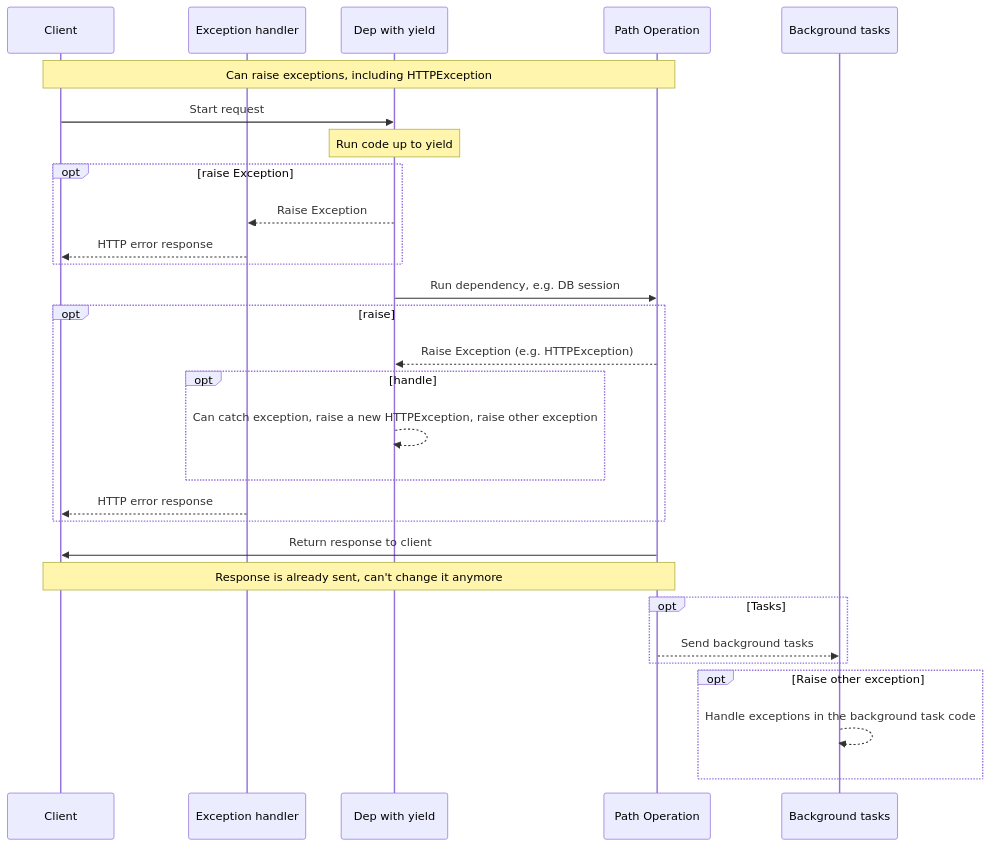
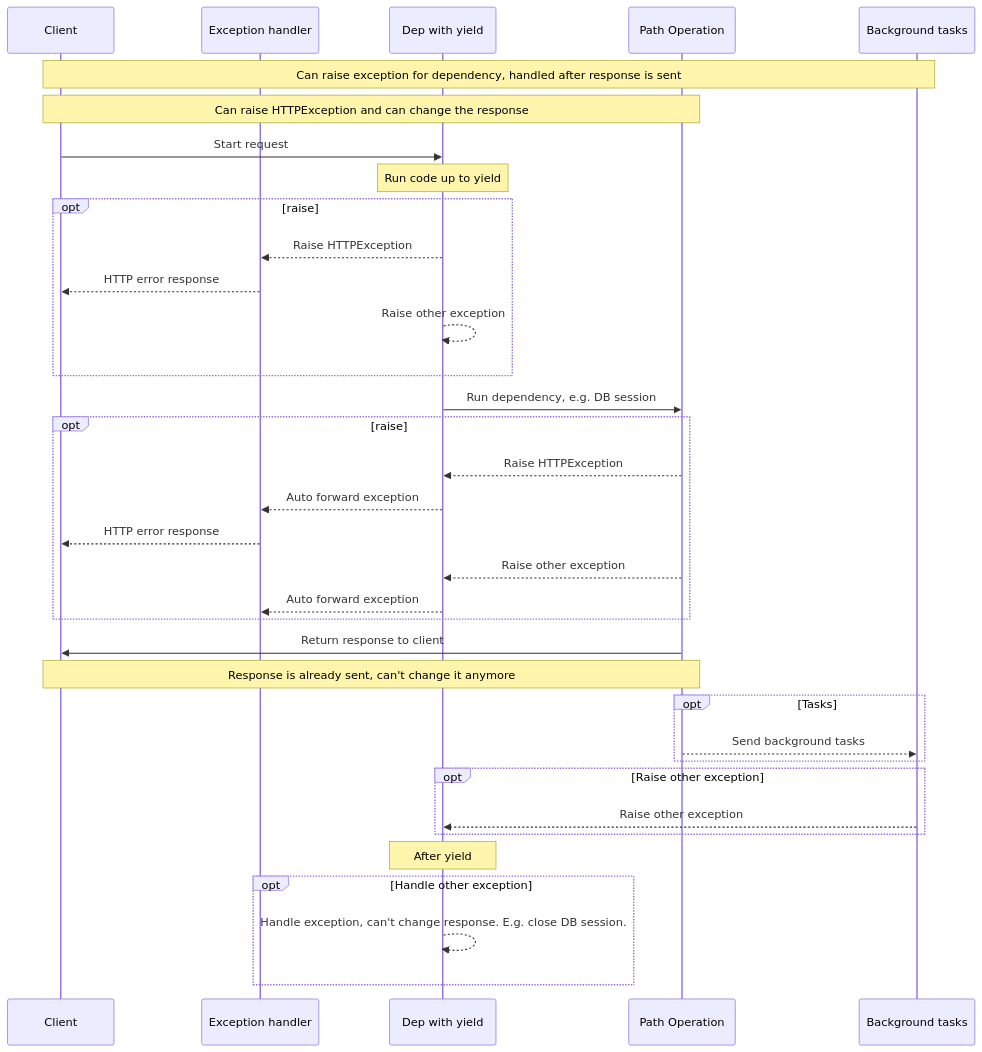
One commit to readyapi/readyapi changed the diagram in docs/en/docs/tutorial/dependencies/dependencies-with-yield.md. Above: the diagram before and after it, drawn with Mermaid. The commit also changed other lines of this file and 949 other files, not shown here.

````diff
--- a/docs/en/docs/tutorial/dependencies/dependencies-with-yield.md
+++ b/docs/en/docs/tutorial/dependencies/dependencies-with-yield.md
@@ -226,34 +155,39 @@
 ```mermaid
 sequenceDiagram
 
 participant client as Client
 participant handler as Exception handler
 participant dep as Dep with yield
 participant operation as Path Operation
 participant tasks as Background tasks
 
-    Note over client,operation: Can raise exceptions, including HTTPException
+    Note over client,tasks: Can raise exception for dependency, handled after response is sent
+    Note over client,operation: Can raise HTTPException and can change the response
     client ->> dep: Start request
     Note over dep: Run code up to yield
-    opt raise Exception
-        dep -->> handler: Raise Exception
+    opt raise
+        dep -->> handler: Raise HTTPException
         handler -->> client: HTTP error response
+        dep -->> dep: Raise other exception
     end
     dep ->> operation: Run dependency, e.g. DB session
     opt raise
-        operation -->> dep: Raise Exception (e.g. HTTPException)
-        opt handle
-            dep -->> dep: Can catch exception, raise a new HTTPException, raise other exception
-        end
+        operation -->> dep: Raise HTTPException
+        dep -->> handler: Auto forward exception
         handler -->> client: HTTP error response
+        operation -->> dep: Raise other exception
+        dep -->> handler: Auto forward exception
     end
-
     operation ->> client: Return response to client
     Note over client,operation: Response is already sent, can't change it anymore
     opt Tasks
         operation -->> tasks: Send background tasks
     end
     opt Raise other exception
-        tasks -->> tasks: Handle exceptions in the background task code
+        tasks -->> dep: Raise other exception
+    end
+    Note over dep: After yield
+    opt Handle other exception
+        dep -->> dep: Handle exception, can't change response. E.g. close DB session.
     end
 ```
````
